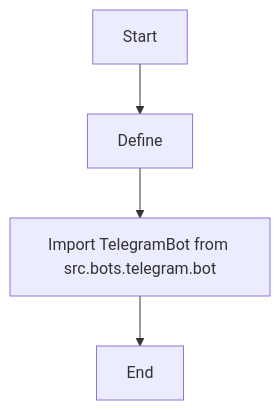
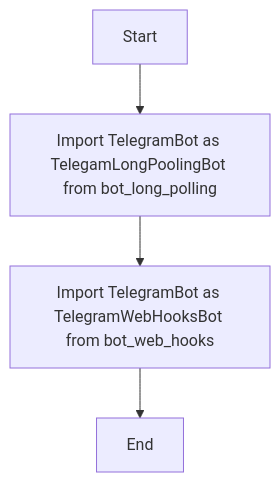
Before and after one commit to hypo69/hypo: the diagram in docs/gemini/ru/explainer/src/endpoints/bots/telegram/__init__.py.md, drawn with Mermaid. The commit also changed other lines of this file and 1505 other files, not shown here.

````diff
--- a/docs/gemini/ru/explainer/src/endpoints/bots/telegram/__init__.py.md
+++ b/docs/gemini/ru/explainer/src/endpoints/bots/telegram/__init__.py.md
@@ -14,6 +28,6 @@
 ```mermaid
 flowchart TD
-    Start --> DefineMode[Define ]
-    DefineMode --> ImportTelegramBot[Import TelegramBot from src.bots.telegram.bot]
-    ImportTelegramBot --> End
+    Start --> ImportLongPollingBot[Import TelegramBot as TelegamLongPoolingBot from bot_long_polling]
+    ImportLongPollingBot --> ImportWebHooksBot[Import TelegramBot as TelegramWebHooksBot from bot_web_hooks]
+    ImportWebHooksBot --> End
 ```
````
